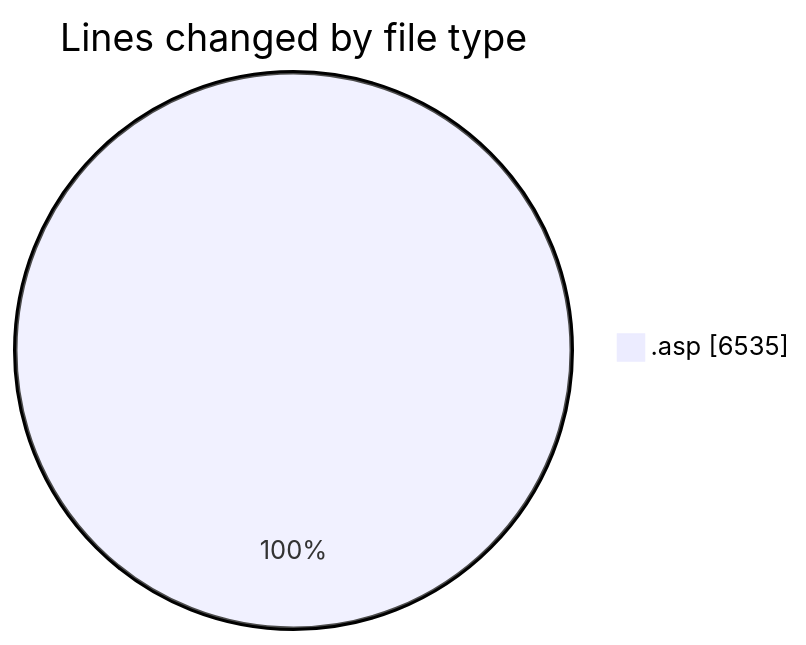
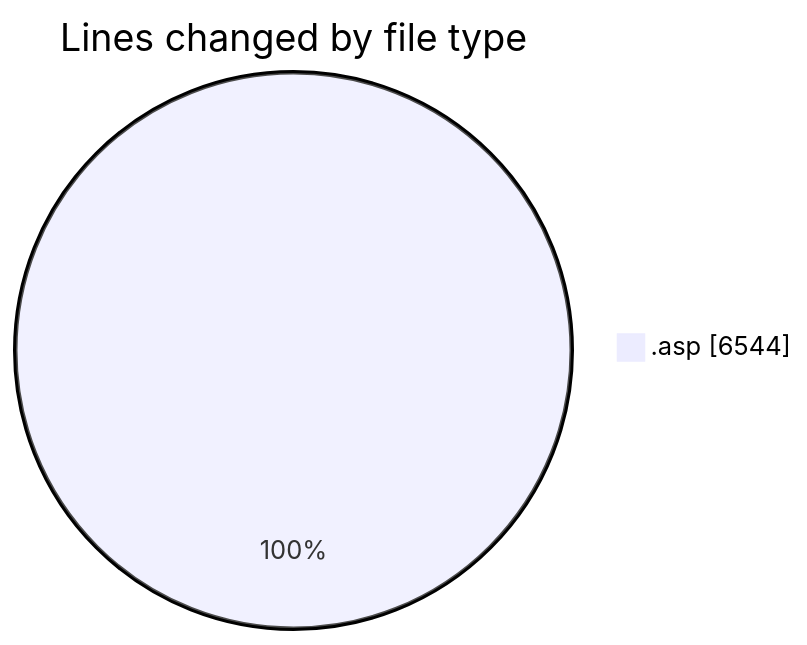
One commit to julien-gomy/code-tracking changed the first of 2 diagrams in 2025-11-15/cdp_aleoudev_fr__workspace_/README.md. Above: the diagram before and after it, drawn with Mermaid. The commit also changed other lines of this file and 1 other file, not shown here.

````diff
--- a/2025-11-15/cdp_aleoudev_fr__workspace_/README.md
+++ b/2025-11-15/cdp_aleoudev_fr__workspace_/README.md
@@ -29,5 +29,5 @@
 ```mermaid
 pie showData
 title Lines changed by file type
-".asp" : 6535
+".asp" : 6544
 ```
````
